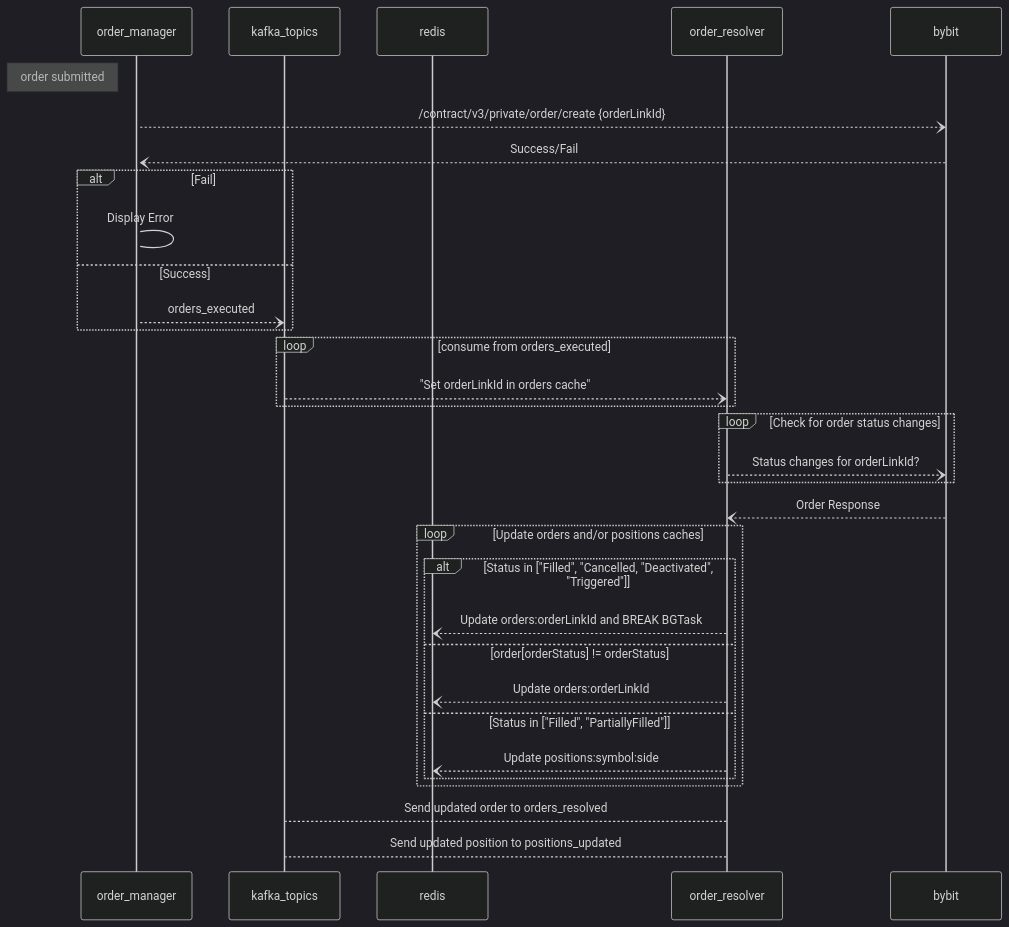
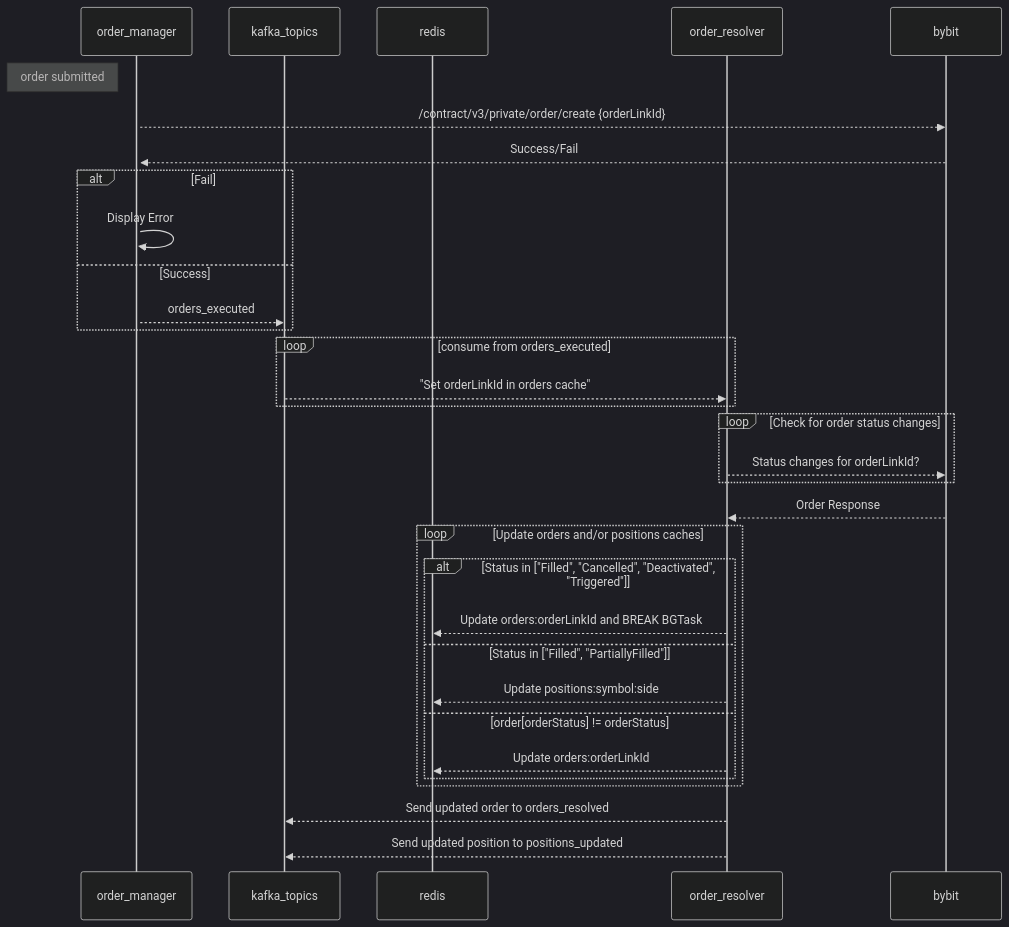
The diagram in _posts/2023-04-17-Bybit-Project.md (lfang615/lfang615.github.io), drawn with Mermaid (dark theme) before and after one commit.

Commit message:
Fix mermaid diagram

````diff
--- a/_posts/2023-04-17-Bybit-Project.md
+++ b/_posts/2023-04-17-Bybit-Project.md
@@ -28,36 +28,35 @@
 ```mermaid
 sequenceDiagram
     participant order_manager
     participant kafka_topics
     participant redis
     participant order_resolver
     participant bybit
     activate order_manager
     Note left of order_manager: order submitted
-    order_manager--)bybit: /contract/v3/private/order/create {orderLinkId}
-    bybit--)order_manager: Success/Fail
+    order_manager-->>bybit: /contract/v3/private/order/create {orderLinkId}
+    bybit-->>order_manager: Success/Fail
     alt Fail
-        order_manager->order_manager: Display Error
+        order_manager->>order_manager: Display Error
     else Success
-        order_manager--)kafka_topics: orders_executed
+        order_manager-->>kafka_topics: orders_executed
     end
     loop consume from orders_executed
-        kafka_topics--)order_resolver: "Set orderLinkId in orders cache"      
+        kafka_topics-->>order_resolver: "Set orderLinkId in orders cache"      
     end
     loop Check for order status changes
-        order_resolver--)bybit: Status changes for orderLinkId?
+        order_resolver-->>bybit: Status changes for orderLinkId?
     end
-    
-    bybit--)order_resolver: Order Response
+    bybit-->>order_resolver: Order Response
     loop Update orders and/or positions caches
-        alt Status in ["Filled", "Cancelled, "Deactivated", "Triggered"]
-            order_resolver--)redis: Update orders:orderLinkId and BREAK BGTask
+        alt Status in ["Filled", "Cancelled", "Deactivated", "Triggered"]
+            order_resolver-->>redis: Update orders:orderLinkId and BREAK BGTask
+        else Status in ["Filled", "PartiallyFilled"]
+            order_resolver-->>redis: Update positions:symbol:side
         else order[orderStatus] != orderStatus
-            order_resolver--)redis: Update orders:orderLinkId
-        else Status in ["Filled", "PartiallyFilled"]
-            order_resolver--)redis: Update positions:symbol:side 
+            order_resolver-->>redis: Update orders:orderLinkId
         end
     end
-    order_resolver-->kafka_topics: Send updated order to orders_resolved
-    order_resolver-->kafka_topics: Send updated position to positions_updated
+    order_resolver-->>kafka_topics: Send updated order to orders_resolved
+    order_resolver-->>kafka_topics: Send updated position to positions_updated
 ```
````
